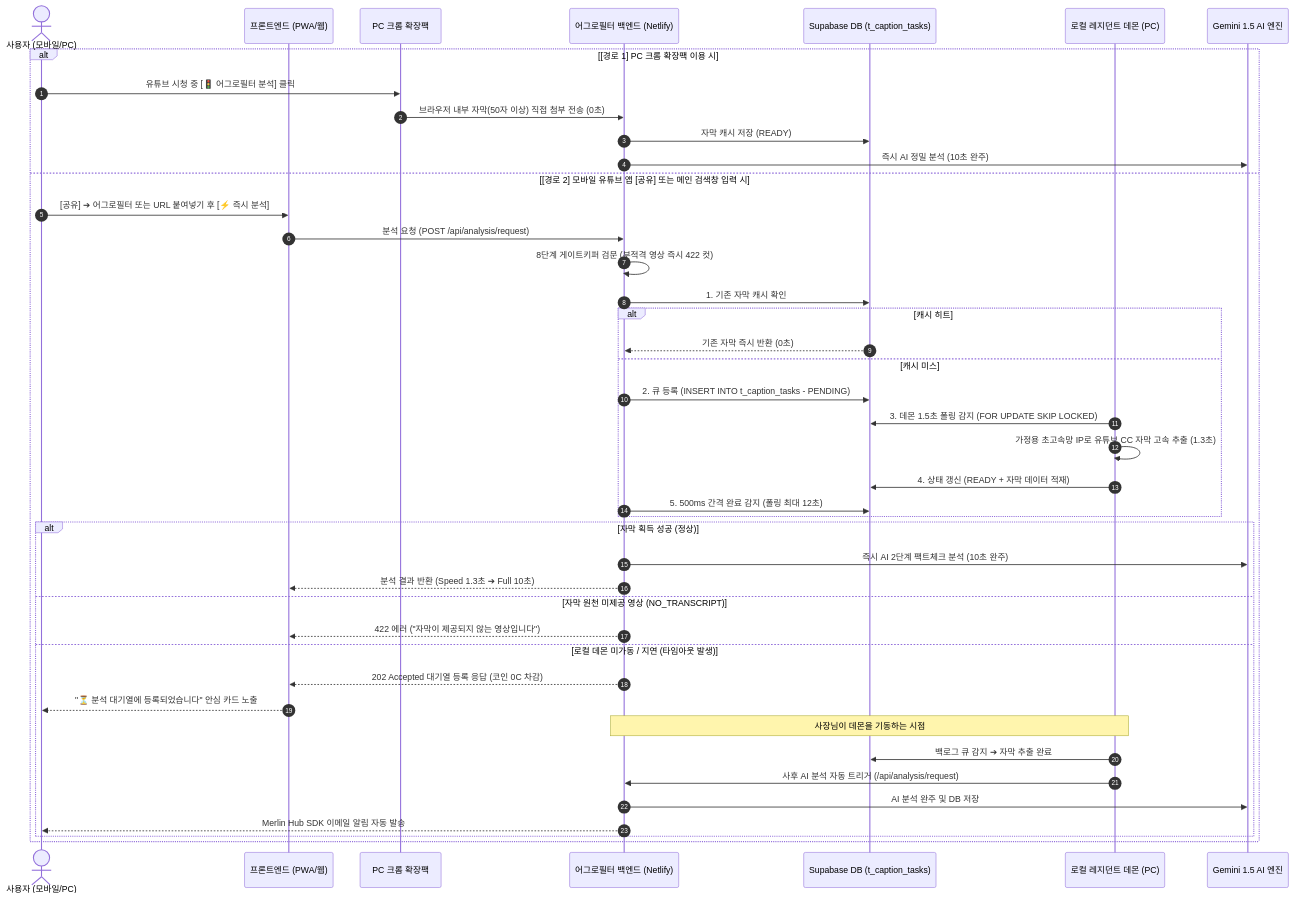
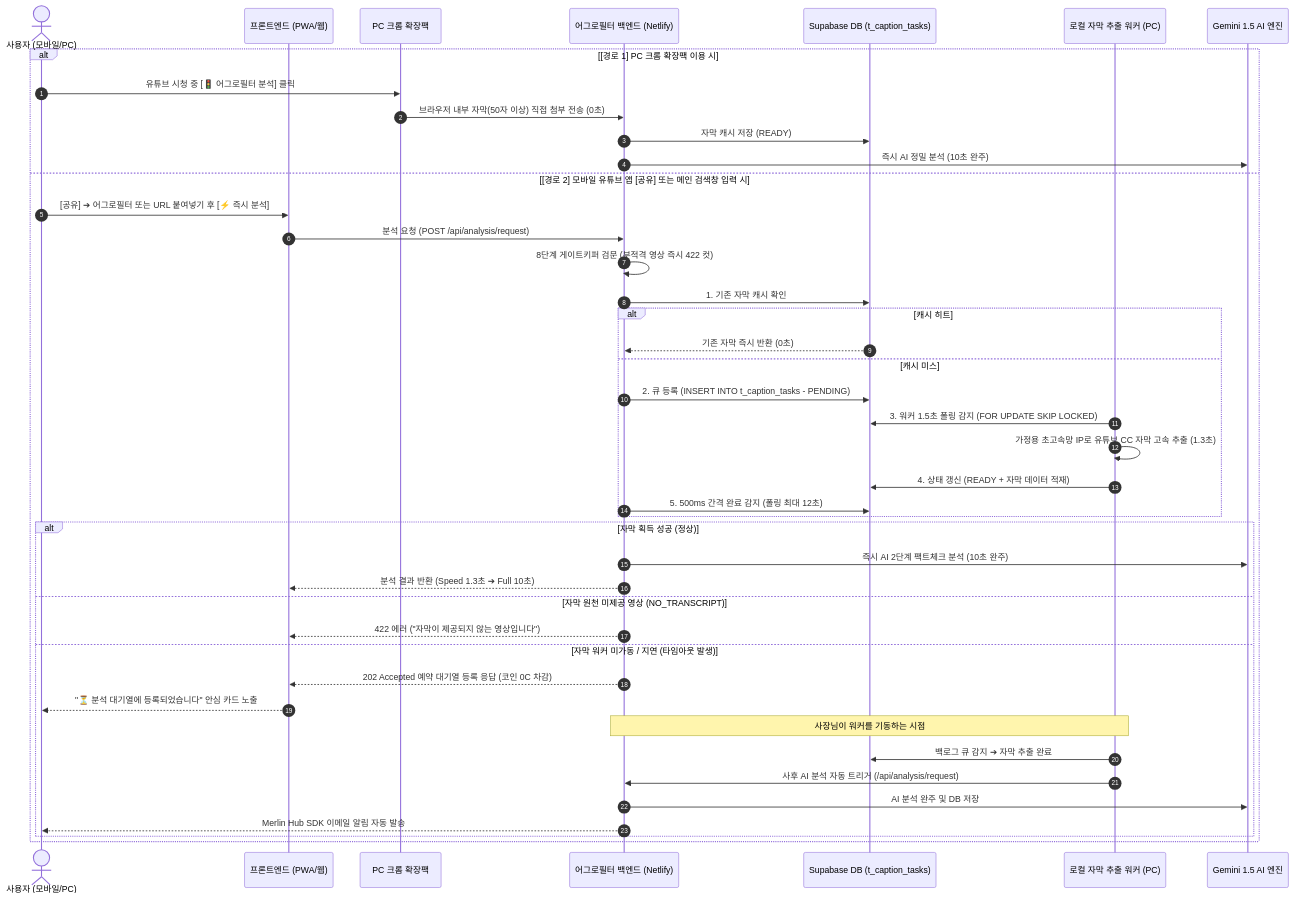
Before and after one commit to Han-jinwook/AggroFilter: the diagram in docs/어그로필터_기능명세.md, drawn with Mermaid. The commit also changed other lines of this file, not shown here.

````diff
--- a/docs/어그로필터_기능명세.md
+++ b/docs/어그로필터_기능명세.md
@@ -31,47 +31,47 @@
 ```mermaid
 sequenceDiagram
     autonumber
     actor User as 사용자 (모바일/PC)
     participant UI as 프론트엔드 (PWA/웹)
     participant Ext as PC 크롬 확장팩
     participant API as 어그로필터 백엔드 (Netlify)
     participant DB as Supabase DB (t_caption_tasks)
-    participant Worker as 로컬 레지던트 데몬 (PC)
+    participant Worker as 로컬 자막 추출 워커 (PC)
     participant AI as Gemini 1.5 AI 엔진
 
     alt [경로 1] PC 크롬 확장팩 이용 시
         User->>Ext: 유튜브 시청 중 [🚦 어그로필터 분석] 클릭
         Ext->>API: 브라우저 내부 자막(50자 이상) 직접 첨부 전송 (0초)
         API->>DB: 자막 캐시 저장 (READY)
         API->>AI: 즉시 AI 정밀 분석 (10초 완주)
     else [경로 2] 모바일 유튜브 앱 [공유] 또는 메인 검색창 입력 시
         User->>UI: [공유] ➔ 어그로필터 또는 URL 붙여넣기 후 [⚡ 즉시 분석]
         UI->>API: 분석 요청 (POST /api/analysis/request)
         API->>API: 8단계 게이트키퍼 검문 (부적격 영상 즉시 422 컷)
         API->>DB: 1. 기존 자막 캐시 확인
         alt 캐시 히트
             DB-->>API: 기존 자막 즉시 반환 (0초)
         else 캐시 미스
             API->>DB: 2. 큐 등록 (INSERT INTO t_caption_tasks - PENDING)
-            Worker->>DB: 3. 데몬 1.5초 폴링 감지 (FOR UPDATE SKIP LOCKED)
+            Worker->>DB: 3. 워커 1.5초 폴링 감지 (FOR UPDATE SKIP LOCKED)
             Worker->>Worker: 가정용 초고속망 IP로 유튜브 CC 자막 고속 추출 (1.3초)
             Worker->>DB: 4. 상태 갱신 (READY + 자막 데이터 적재)
             API->>DB: 5. 500ms 간격 완료 감지 (폴링 최대 12초)
         end
         
         alt 자막 획득 성공 (정상)
             API->>AI: 즉시 AI 2단계 팩트체크 분석 (10초 완주)
             API-->>UI: 분석 결과 반환 (Speed 1.3초 ➔ Full 10초)
         else 자막 원천 미제공 영상 (NO_TRANSCRIPT)
             API-->>UI: 422 에러 ("자막이 제공되지 않는 영상입니다")
-        else 로컬 데몬 미가동 / 지연 (타임아웃 발생)
-            API-->>UI: 202 Accepted 대기열 등록 응답 (코인 0C 차감)
+        else 자막 워커 미가동 / 지연 (타임아웃 발생)
+            API-->>UI: 202 Accepted 예약 대기열 등록 응답 (코인 0C 차감)
             UI-->>User: "⏳ 분석 대기열에 등록되었습니다" 안심 카드 노출
-            Note over Worker, API: 사장님이 데몬을 기동하는 시점
+            Note over Worker, API: 사장님이 워커를 기동하는 시점
             Worker->>DB: 백로그 큐 감지 ➔ 자막 추출 완료
             Worker->>API: 사후 AI 분석 자동 트리거 (/api/analysis/request)
             API->>AI: AI 분석 완주 및 DB 저장
             API-->>User: Merlin Hub SDK 이메일 알림 자동 발송
         end
     end
 ```
````
